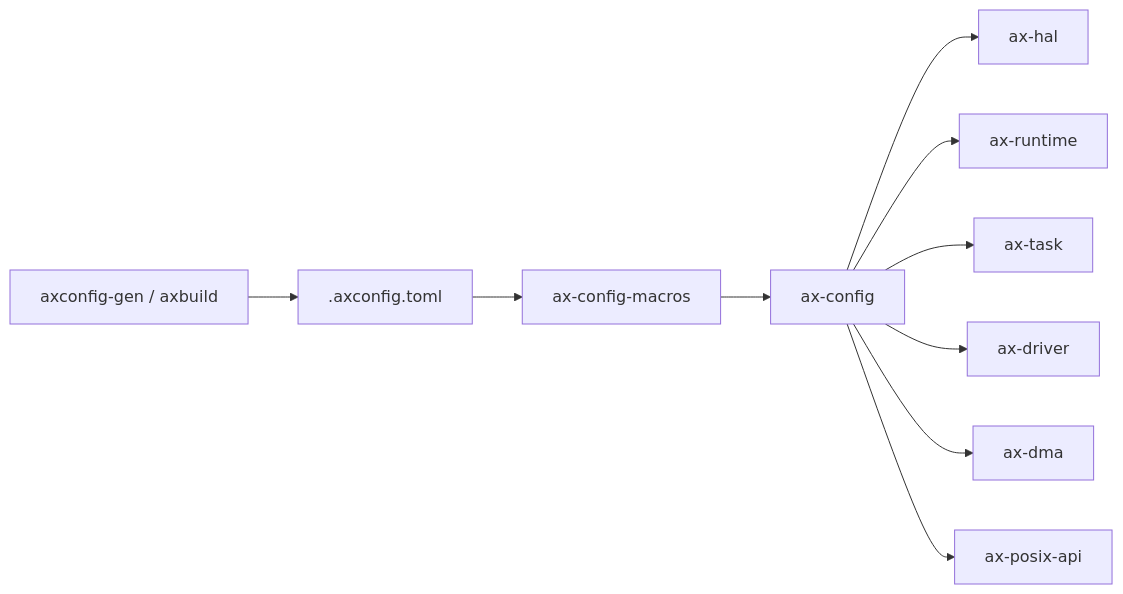
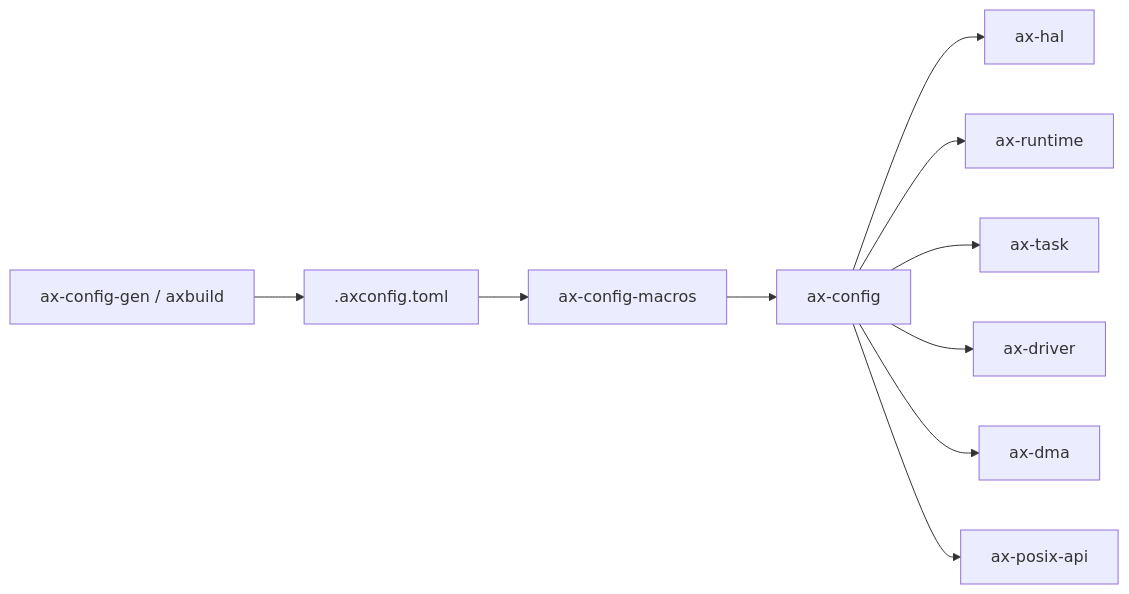
One commit to zKurisu/tgoskits changed the second of 2 diagrams in docs/crates/ax-config.md. Above: the diagram before and after it, drawn with Mermaid. The commit also changed other lines of this file and 47 other files, not shown here.

Commit message:
rename axconfig-gen to ax-config-gen

````diff
--- a/docs/crates/ax-config.md
+++ b/docs/crates/ax-config.md
@@ -92,13 +92,13 @@
 ```mermaid
 graph LR
-    gen["axconfig-gen / axbuild"] --> toml[".axconfig.toml"]
+    gen["ax-config-gen / axbuild"] --> toml[".axconfig.toml"]
     toml --> macros["ax-config-macros"]
     macros --> ax-config["ax-config"]
 
     ax-config --> ax-hal["ax-hal"]
     ax-config --> ax-runtime["ax-runtime"]
     ax-config --> ax-task["ax-task"]
     ax-config --> ax-driver["ax-driver"]
     ax-config --> ax_dma["ax-dma"]
     ax-config --> posix["ax-posix-api"]
 ```
````
